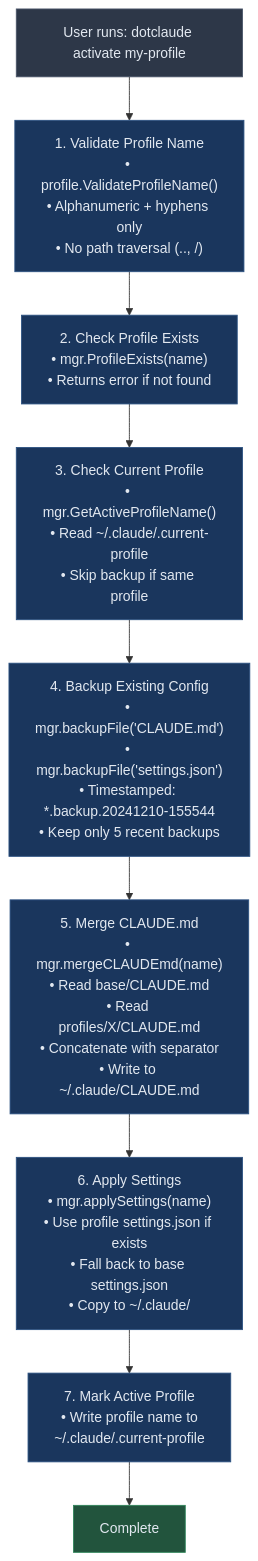
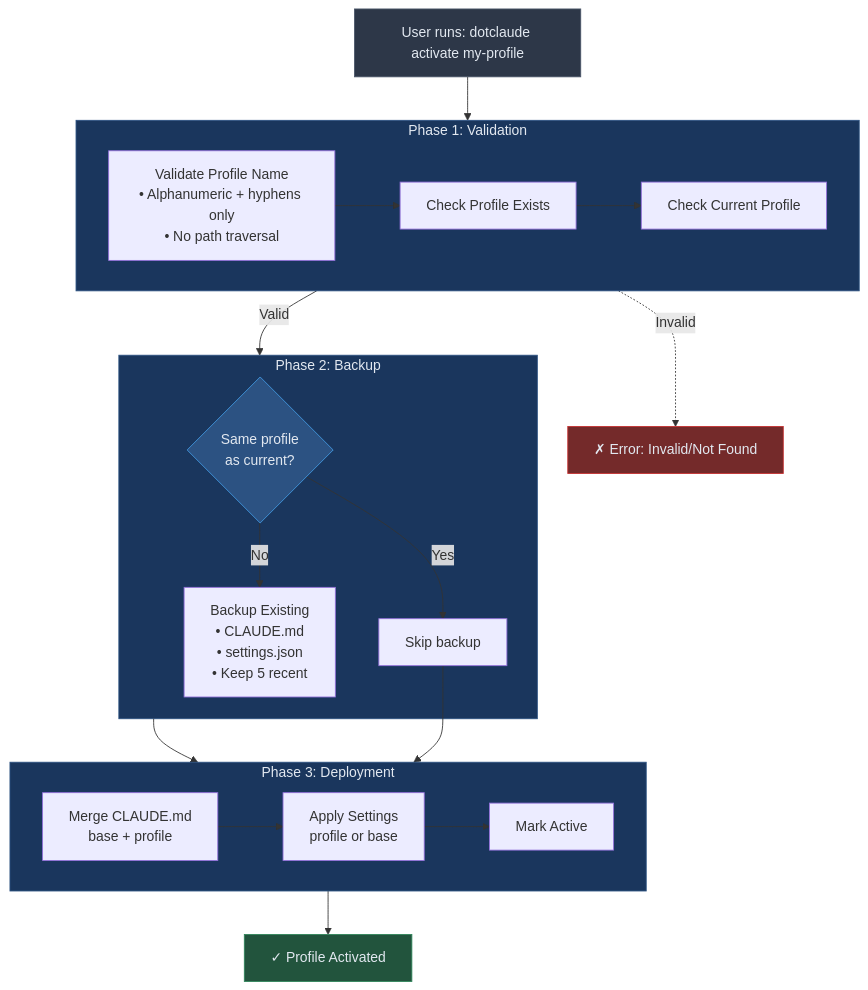
Before and after one commit to blackwell-systems/dotclaude: the second of 5 diagrams in docs/ARCHITECTURE.md, drawn with Mermaid. The commit also changed other lines of this file, not shown here.

First line of the commit message:
docs: Improve architecture diagram layouts

````diff
--- a/docs/ARCHITECTURE.md
+++ b/docs/ARCHITECTURE.md
@@ -118,25 +118,48 @@
 ```mermaid
-flowchart TD
+flowchart TB
     start["User runs: dotclaude activate my-profile"]
 
-    step1["1. Validate Profile Name<br/>• profile.ValidateProfileName()<br/>• Alphanumeric + hyphens only<br/>• No path traversal (.., /)"]
-    step2["2. Check Profile Exists<br/>• mgr.ProfileExists(name)<br/>• Returns error if not found"]
-    step3["3. Check Current Profile<br/>• mgr.GetActiveProfileName()<br/>• Read ~/.claude/.current-profile<br/>• Skip backup if same profile"]
-    step4["4. Backup Existing Config<br/>• mgr.backupFile('CLAUDE.md')<br/>• mgr.backupFile('settings.json')<br/>• Timestamped: *.backup.20241210-155544<br/>• Keep only 5 recent backups"]
-    step5["5. Merge CLAUDE.md<br/>• mgr.mergeCLAUDEmd(name)<br/>• Read base/CLAUDE.md<br/>• Read profiles/X/CLAUDE.md<br/>• Concatenate with separator<br/>• Write to ~/.claude/CLAUDE.md"]
-    step6["6. Apply Settings<br/>• mgr.applySettings(name)<br/>• Use profile settings.json if exists<br/>• Fall back to base settings.json<br/>• Copy to ~/.claude/"]
-    step7["7. Mark Active Profile<br/>• Write profile name to<br/>~/.claude/.current-profile"]
-    complete["Complete"]
+    subgraph validation["Phase 1: Validation"]
+        val1["Validate Profile Name<br/>• Alphanumeric + hyphens only<br/>• No path traversal"]
+        val2["Check Profile Exists"]
+        val3["Check Current Profile"]
 
-    start --> step1 --> step2 --> step3 --> step4 --> step5 --> step6 --> step7 --> complete
+        val1 --> val2 --> val3
+    end
+
+    subgraph backup["Phase 2: Backup"]
+        check{"Same profile<br/>as current?"}
+        skip["Skip backup"]
+        bkup["Backup Existing<br/>• CLAUDE.md<br/>• settings.json<br/>• Keep 5 recent"]
+
+        check -->|Yes| skip
+        check -->|No| bkup
+    end
+
+    subgraph deploy["Phase 3: Deployment"]
+        direction LR
+        merge["Merge CLAUDE.md<br/>base + profile"]
+        settings["Apply Settings<br/>profile or base"]
+        mark["Mark Active"]
+
+        merge --> settings --> mark
+    end
+
+    complete["✓ Profile Activated"]
+    error["✗ Error: Invalid/Not Found"]
+
+    start --> validation
+    validation -->|Valid| backup
+    validation -.->|Invalid| error
+    backup --> deploy
+    skip --> deploy
+    deploy --> complete
 
     style start fill:#2d3748,stroke:#4a5568,color:#e2e8f0
-    style step1 fill:#1a365d,stroke:#2c5282,color:#e2e8f0
-    style step2 fill:#1a365d,stroke:#2c5282,color:#e2e8f0
-    style step3 fill:#1a365d,stroke:#2c5282,color:#e2e8f0
-    style step4 fill:#1a365d,stroke:#2c5282,color:#e2e8f0
-    style step5 fill:#1a365d,stroke:#2c5282,color:#e2e8f0
-    style step6 fill:#1a365d,stroke:#2c5282,color:#e2e8f0
-    style step7 fill:#1a365d,stroke:#2c5282,color:#e2e8f0
+    style validation fill:#1a365d,stroke:#2c5282,color:#e2e8f0
+    style backup fill:#1a365d,stroke:#2c5282,color:#e2e8f0
+    style deploy fill:#1a365d,stroke:#2c5282,color:#e2e8f0
     style complete fill:#22543d,stroke:#2f855a,color:#e2e8f0
+    style error fill:#742a2a,stroke:#c53030,color:#e2e8f0
+    style check fill:#2c5282,stroke:#4299e1,color:#e2e8f0
 ```
````
